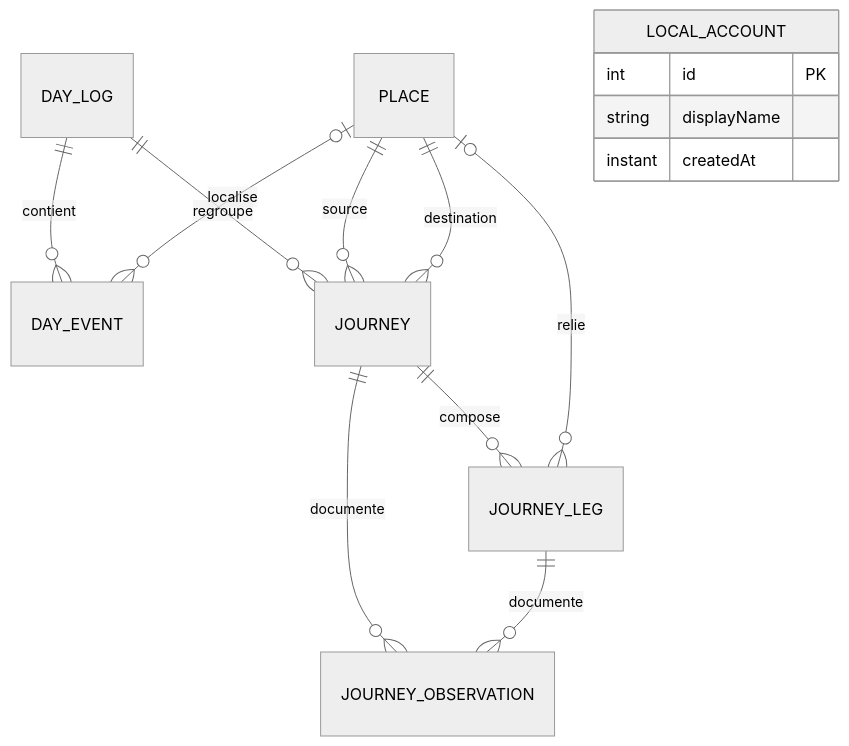
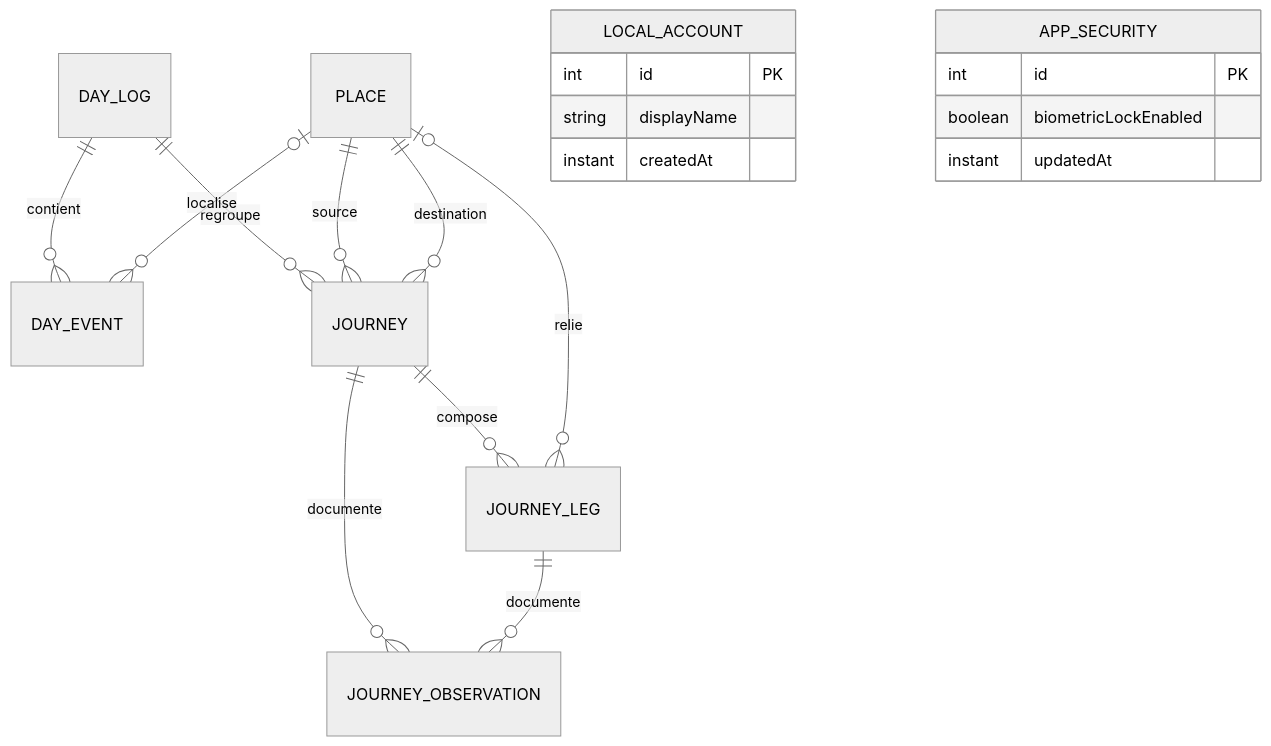
The diagram in README.md (MasirikaConstantin/itineraire), drawn with Mermaid (neutral theme) before and after one commit. The commit also changed other lines of this file and 9 other files, not shown here.

````diff
--- a/README.md
+++ b/README.md
@@ -50,17 +51,22 @@
 ```mermaid
 erDiagram
     DAY_LOG ||--o{ DAY_EVENT : contient
     DAY_LOG ||--o{ JOURNEY : regroupe
     PLACE o|--o{ DAY_EVENT : localise
     PLACE ||--o{ JOURNEY : source
     PLACE ||--o{ JOURNEY : destination
     JOURNEY ||--o{ JOURNEY_LEG : compose
     JOURNEY ||--o{ JOURNEY_OBSERVATION : documente
     JOURNEY_LEG ||--o{ JOURNEY_OBSERVATION : documente
     PLACE o|--o{ JOURNEY_LEG : relie
     LOCAL_ACCOUNT {
         int id PK
         string displayName
         instant createdAt
     }
+    APP_SECURITY {
+        int id PK
+        boolean biometricLockEnabled
+        instant updatedAt
+    }
 ```
````
